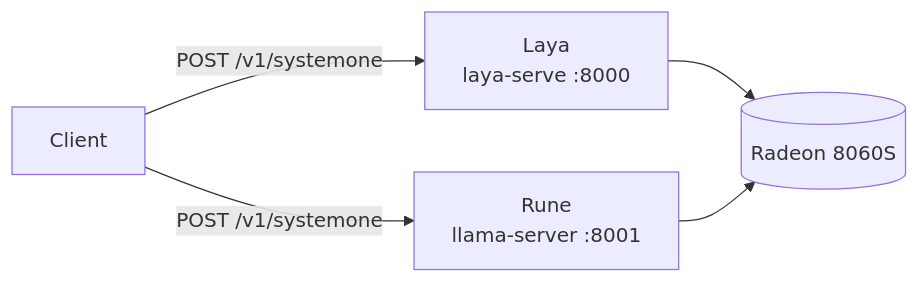
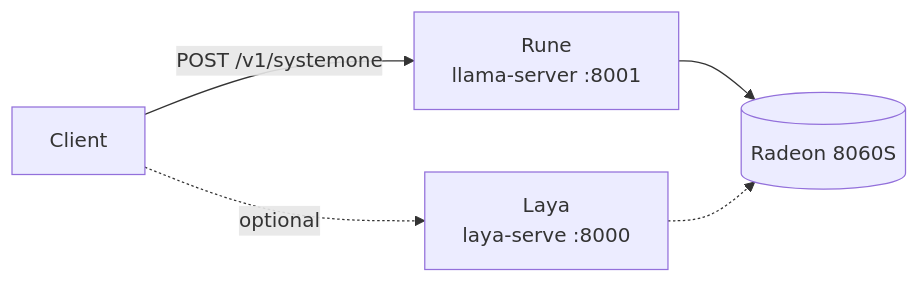
One commit to skiingfalcon/local-decision-model-halo changed the first of 2 diagrams in README.md. Above: the diagram before and after it, drawn with Mermaid. The commit also changed other lines of this file and 12 other files, not shown here.

First line of the commit message:
Make Rune the default model and Laya optional; explain the project's purpose

````diff
--- a/README.md
+++ b/README.md
@@ -16,7 +26,7 @@
 ```mermaid
 flowchart LR
-    client["Client"] -- "POST /v1/systemone" --> laya["Laya<br/>laya-serve :8000"]
-    client -- "POST /v1/systemone" --> rune["Rune<br/>llama-server :8001"]
-    laya --> gpu[("Radeon 8060S")]
-    rune --> gpu
+    client["Client"] -- "POST /v1/systemone" --> rune["Rune<br/>llama-server :8001"]
+    client -. "optional" .-> laya["Laya<br/>laya-serve :8000"]
+    rune --> gpu[("Radeon 8060S")]
+    laya -.-> gpu
 ```
````
